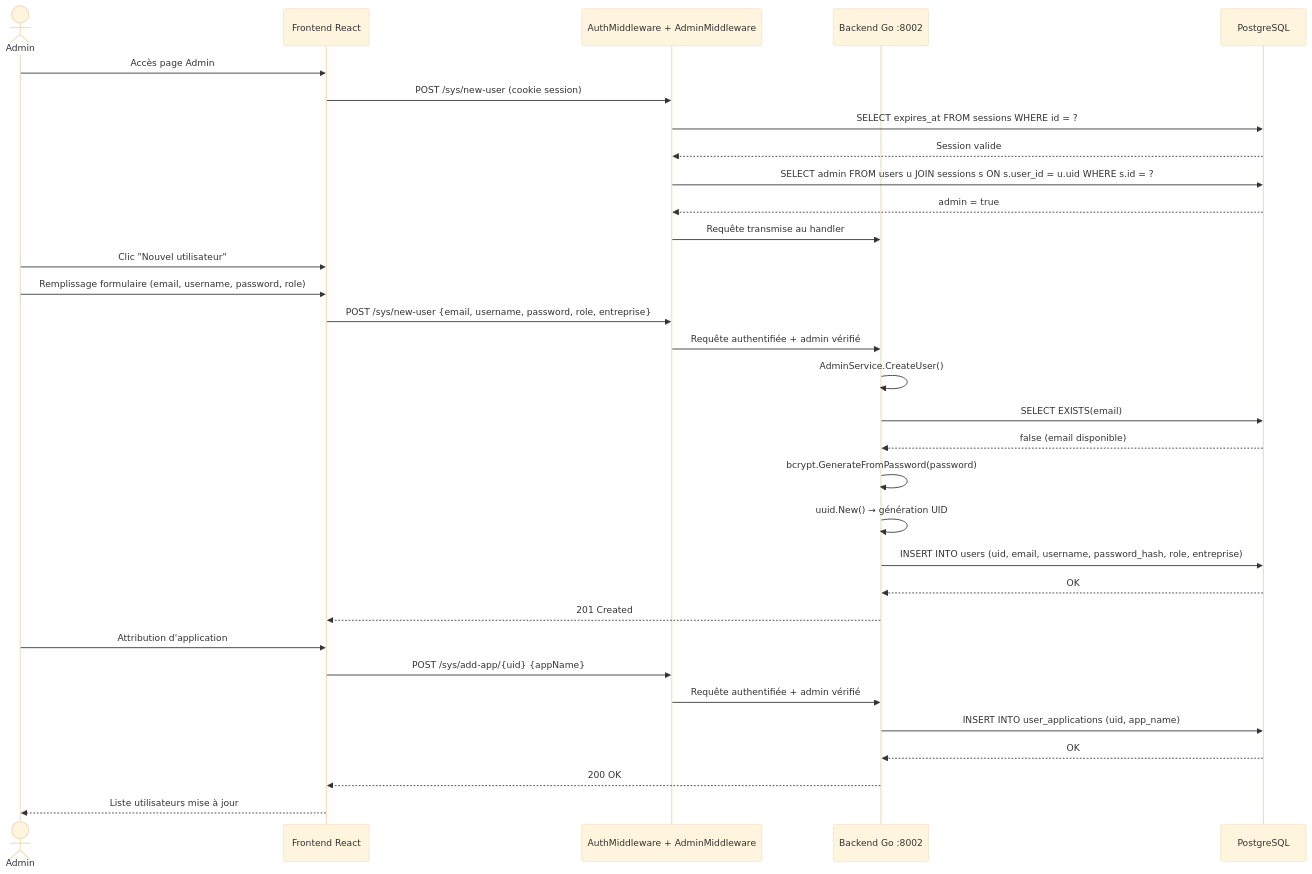
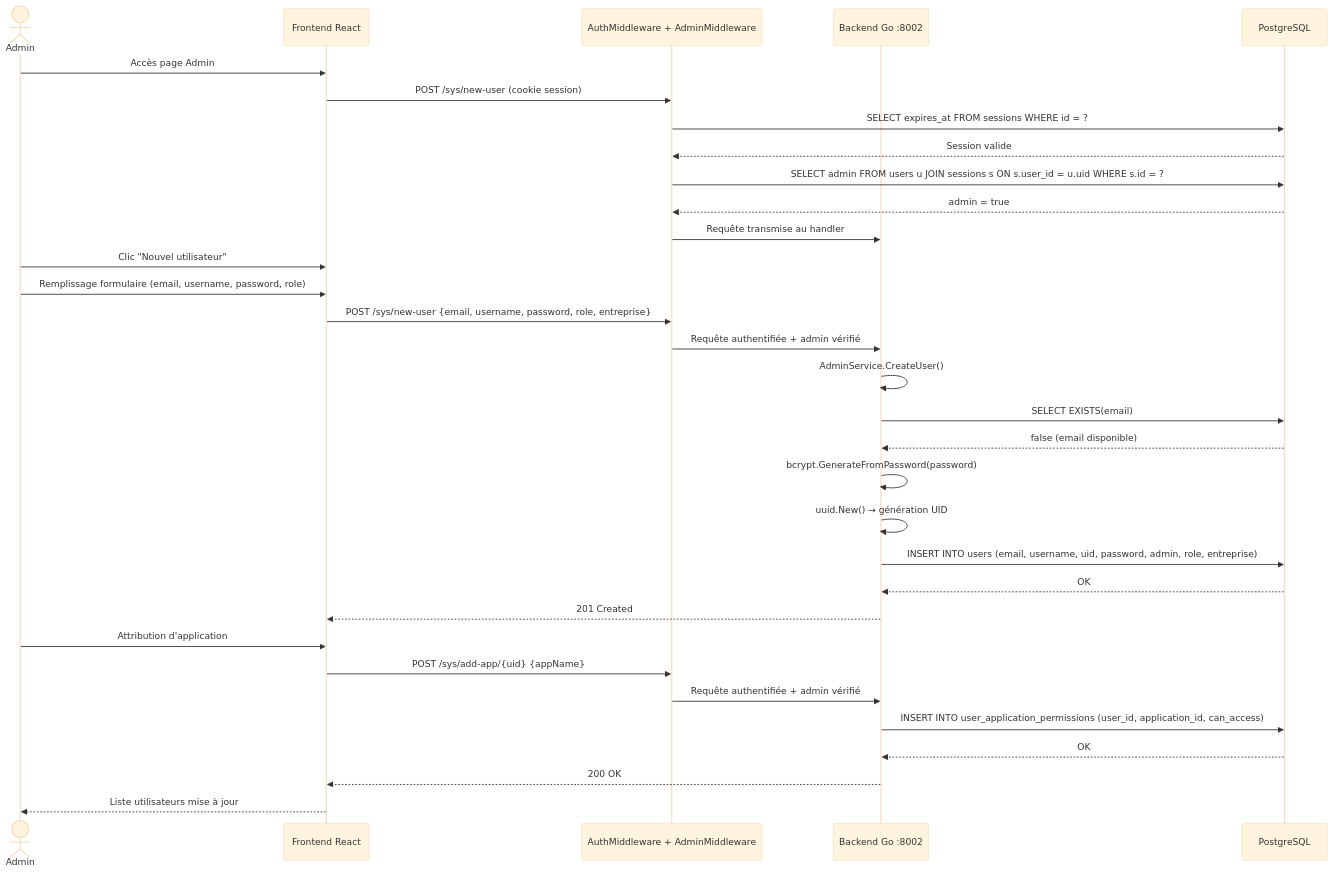
One commit to GwEnDoO27/Certif changed the seventh of 11 diagrams in doc/diagrammes.md. Above: the diagram before and after it, drawn with Mermaid (base theme). The commit also changed other lines of this file and 8 other files, not shown here.

````diff
--- a/doc/diagrammes.md
+++ b/doc/diagrammes.md
@@ -410,39 +410,39 @@
 ```mermaid
 sequenceDiagram
     actor A as Admin
     participant F as Frontend React
     participant MW as AuthMiddleware + AdminMiddleware
     participant B as Backend Go :8002
     participant DB as PostgreSQL
 
     A->>F: Accès page Admin
     F->>MW: POST /sys/new-user (cookie session)
     MW->>DB: SELECT expires_at FROM sessions WHERE id = ?
     DB-->>MW: Session valide
     MW->>DB: SELECT admin FROM users u JOIN sessions s ON s.user_id = u.uid WHERE s.id = ?
     DB-->>MW: admin = true
     MW->>B: Requête transmise au handler
 
     A->>F: Clic "Nouvel utilisateur"
     A->>F: Remplissage formulaire (email, username, password, role)
     F->>MW: POST /sys/new-user {email, username, password, role, entreprise}
     MW->>B: Requête authentifiée + admin vérifié
 
     B->>B: AdminService.CreateUser()
     B->>DB: SELECT EXISTS(email)
     DB-->>B: false (email disponible)
     B->>B: bcrypt.GenerateFromPassword(password)
     B->>B: uuid.New() → génération UID
-    B->>DB: INSERT INTO users (uid, email, username, password_hash, role, entreprise)
+    B->>DB: INSERT INTO users (email, username, uid, password, admin, role, entreprise)
     DB-->>B: OK
     B-->>F: 201 Created
 
     A->>F: Attribution d'application
     F->>MW: POST /sys/add-app/{uid} {appName}
     MW->>B: Requête authentifiée + admin vérifié
-    B->>DB: INSERT INTO user_applications (uid, app_name)
+    B->>DB: INSERT INTO user_application_permissions (user_id, application_id, can_access)
     DB-->>B: OK
     B-->>F: 200 OK
 
     F-->>A: Liste utilisateurs mise à jour
 ```
````
